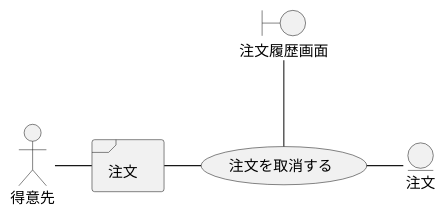
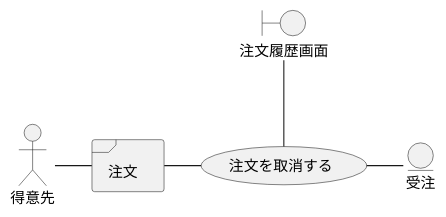
One commit to k2works/application_programing_excercise_2022 changed diagram 27 of 57 in docs/index.adoc. Above: the diagram before and after it, drawn with PlantUML. The commit also changed other lines of this file, not shown here.

```diff
--- a/docs/index.adoc
+++ b/docs/index.adoc
@@ -954,14 +965,14 @@
 [plantuml]
 ----
 @startuml
 actor "得意先" as ac_01
 frame "注文" as f01
 usecase "注文を取消する" as UC1
 boundary "注文履歴画面" as b01
-entity "注文" as e01
+entity "受注" as e01
 
 ac_01 - f01
 f01 - UC1
 b01 -- UC1
 UC1 - e01
 ----
```
